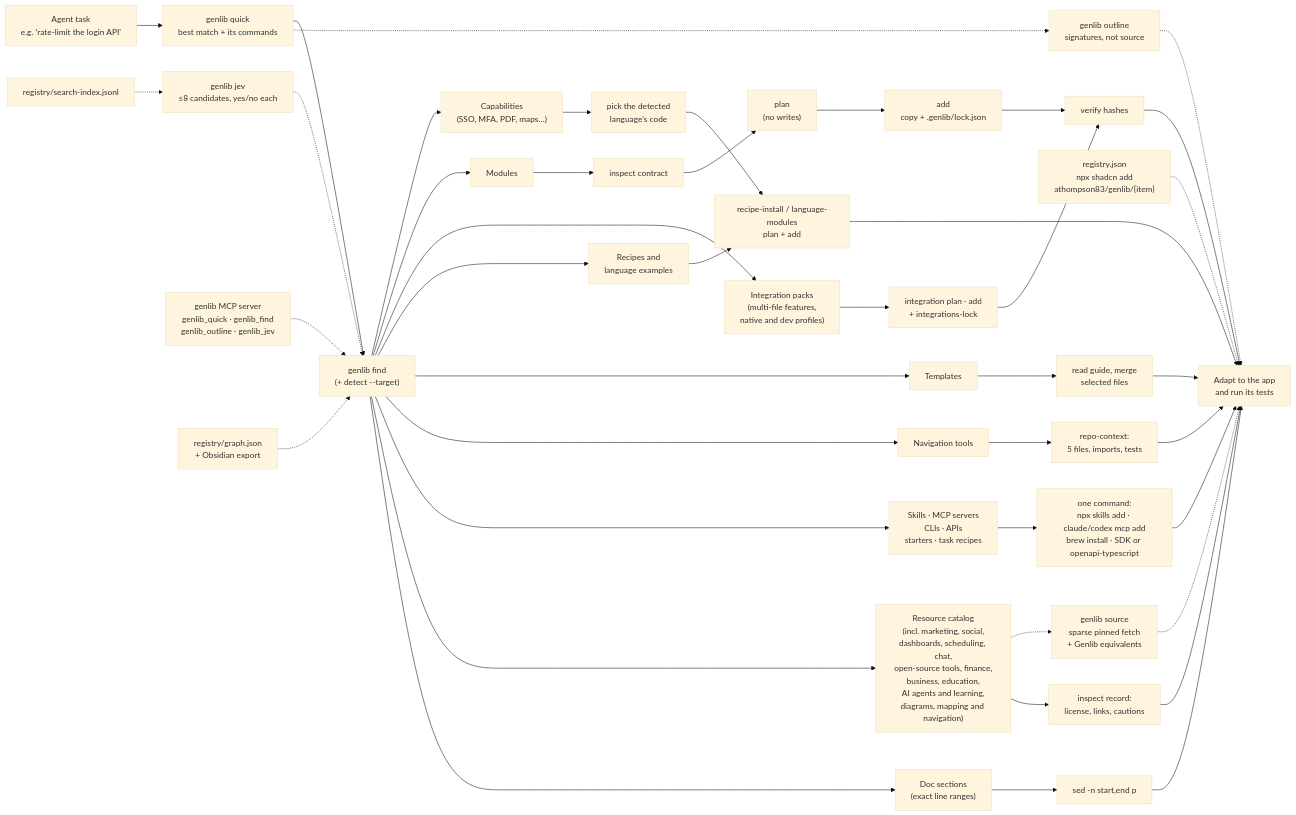
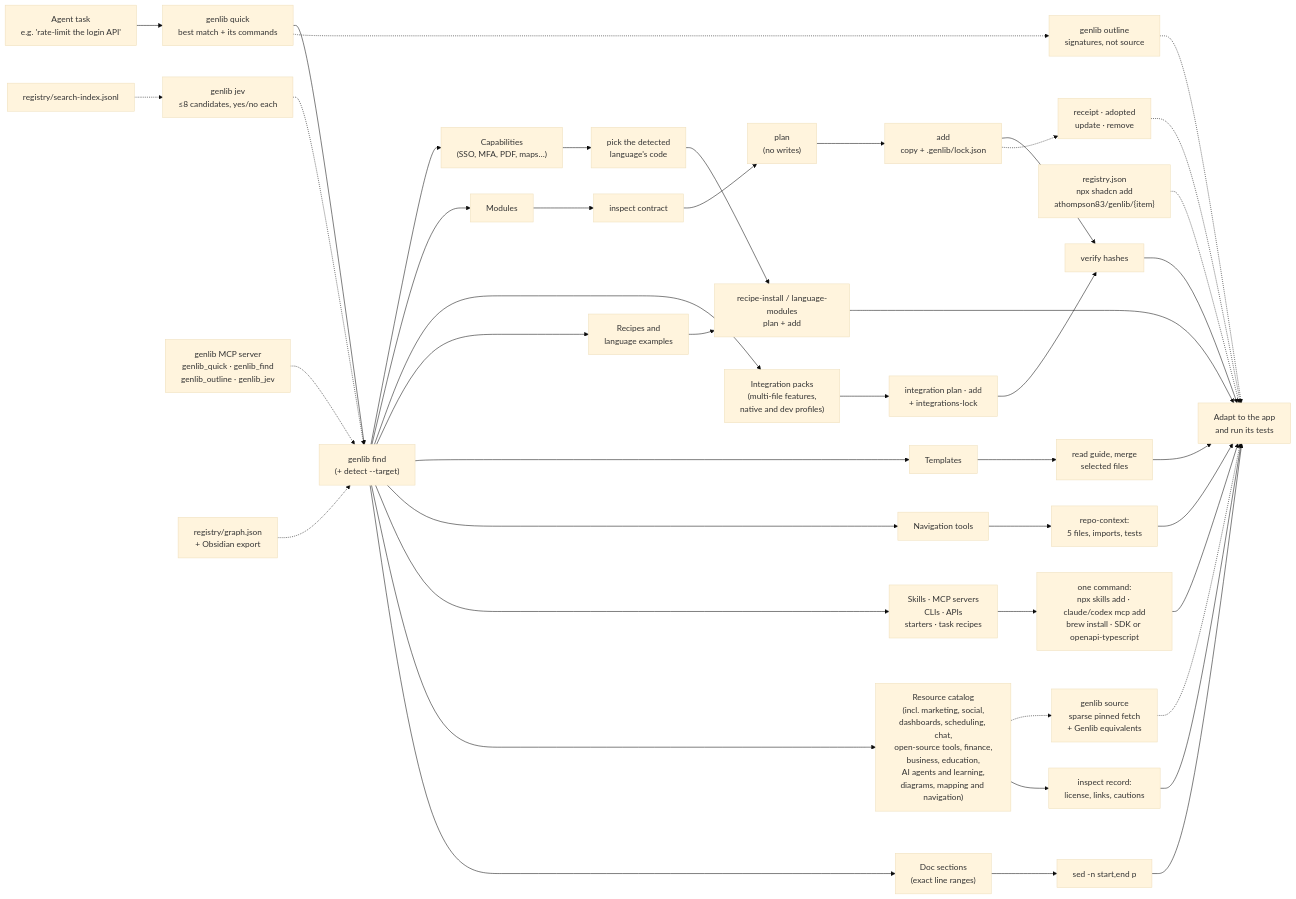
The diagram in docs/diagrams/readme-flow.mmd (athompson83/genlib), drawn with Mermaid (base theme) before and after one commit. The commit also changed 5 other files, not shown here.

First line of the commit message:
Render diagrams with the adoption lifecycle

```diff
--- a/docs/diagrams/readme-flow.mmd
+++ b/docs/diagrams/readme-flow.mmd
@@ -1,50 +1,52 @@
 flowchart LR
   Task["Agent task<br/>e.g. 'rate-limit the login API'"]
   Quick["genlib quick<br/>best match + its commands"]
   Find["genlib find<br/>(+ detect --target)"]
   Outline["genlib outline<br/>signatures, not source"]
   Source["genlib source<br/>sparse pinned fetch<br/>+ Genlib equivalents"]
   Jev["genlib jev<br/>≤8 candidates, yes/no each"]
   Index["registry/search-index.jsonl"]
   MCP["genlib MCP server<br/>genlib_quick · genlib_find<br/>genlib_outline · genlib_jev"]
   Graph["registry/graph.json<br/>+ Obsidian export"]
   C["Capabilities<br/>(SSO, MFA, PDF, maps…)"]
   M["Modules"]
   P["Integration packs<br/>(multi-file features,<br/>native and dev profiles)"]
   PackPlan["integration plan · add<br/>+ integrations-lock"]
   Shadcn["registry.json<br/>npx shadcn add<br/>athompson83/genlib/{item}"]
   R["Recipes and<br/>language examples"]
   T["Templates"]
   N["Navigation tools"]
   S["Skills · MCP servers<br/>CLIs · APIs<br/>starters · task recipes"]
   X["Resource catalog<br/>(incl. marketing, social,<br/>dashboards, scheduling, chat,<br/>open-source tools, finance,<br/>business, education,<br/>AI agents and learning,<br/>diagrams, mapping and navigation)"]
   D["Doc sections<br/>(exact line ranges)"]
   Inspect["inspect contract"]
   Plan["plan<br/>(no writes)"]
   Add["add<br/>copy + .genlib/lock.json"]
   Verify["verify hashes"]
+  Receipt["receipt · adopted<br/>update · remove"]
   Lang["pick the detected<br/>language's code"]
   Copy["recipe-install / language-modules<br/>plan + add"]
   Merge["read guide, merge<br/>selected files"]
   Context["repo-context:<br/>5 files, imports, tests"]
   SkillAdd["one command:<br/>npx skills add · claude/codex mcp add<br/>brew install · SDK or openapi-typescript"]
   Adopt["inspect record:<br/>license, links, cautions"]
   Section["sed -n start,end p"]
   App["Adapt to the app<br/>and run its tests"]
   Task --> Quick --> Find
   Quick -.-> Outline -.-> App
   Find --> C & M & P & R & T & N & S & X & D
   P --> PackPlan --> Verify
   Shadcn -.-> App
   X -.-> Source -.-> App
   Index -.-> Jev -.-> Find
   MCP -.-> Find
   Graph -.-> Find
   M --> Inspect --> Plan --> Add --> Verify --> App
+  Add -.-> Receipt -.-> App
   C --> Lang --> Copy
   R --> Copy --> App
   T --> Merge --> App
   N --> Context --> App
   S --> SkillAdd --> App
   X --> Adopt --> App
   D --> Section --> App
```
